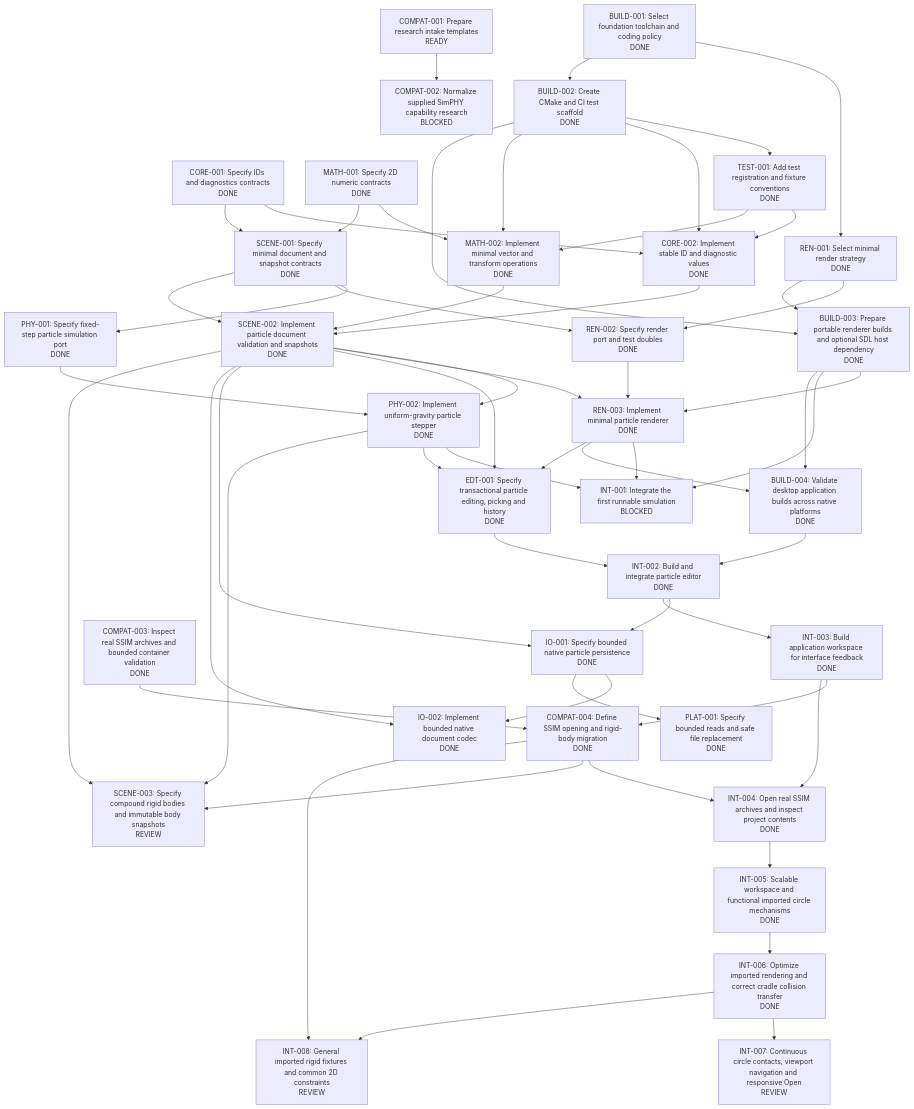
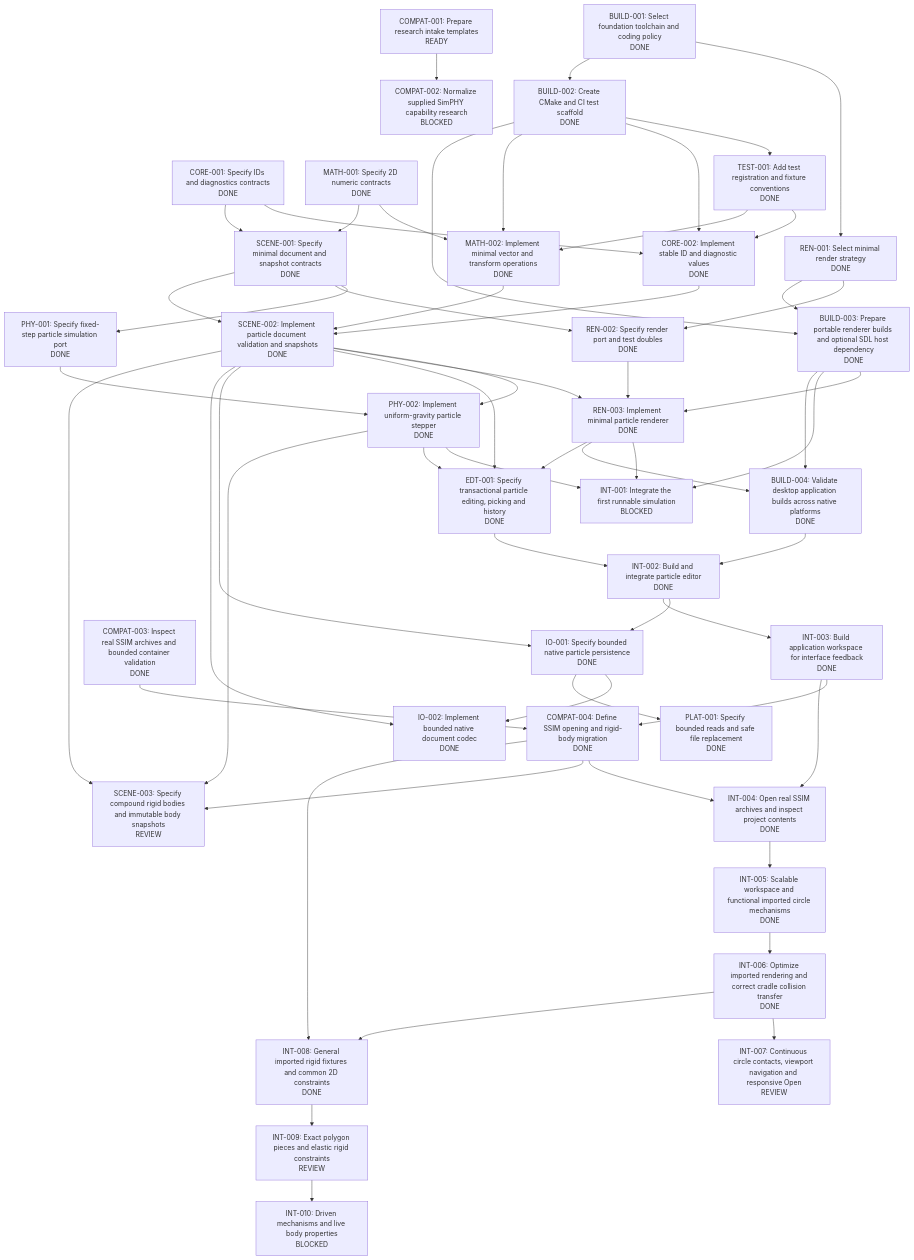
Before and after one commit to JnJarvis/open-simphy: the diagram in tasks/graph.md, drawn with Mermaid. The commit also changed other lines of this file and 6 other files, not shown here.

Commit message:
Record approved friction merge and submit exact geometry and elastic mechanics evidence

````diff
--- a/tasks/graph.md
+++ b/tasks/graph.md
@@ -40,7 +40,9 @@
   SCENE_003["SCENE-003: Specify compound rigid bodies and immutable body snapshots<br/>REVIEW"]
   INT_006["INT-006: Optimize imported rendering and correct cradle collision transfer<br/>DONE"]
   INT_007["INT-007: Continuous circle contacts, viewport navigation and responsive Open<br/>REVIEW"]
-  INT_008["INT-008: General imported rigid fixtures and common 2D constraints<br/>REVIEW"]
+  INT_008["INT-008: General imported rigid fixtures and common 2D constraints<br/>DONE"]
+  INT_009["INT-009: Exact polygon pieces and elastic rigid constraints<br/>REVIEW"]
+  INT_010["INT-010: Driven mechanisms and live body properties<br/>BLOCKED"]
   BUILD_001 --> REN_001
   BUILD_001 --> BUILD_002
   BUILD_002 --> TEST_001
@@ -94,4 +96,6 @@
   INT_006 --> INT_007
   INT_006 --> INT_008
   COMPAT_004 --> INT_008
+  INT_008 --> INT_009
+  INT_009 --> INT_010
 ```
````
